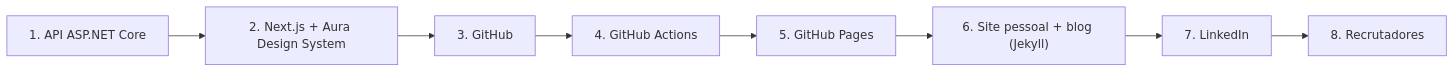
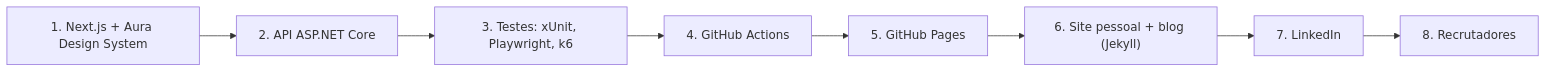
Before and after one commit to AlanMateus17/dev-setup: the third of 13 diagrams in docs/fluxos.md, drawn with Mermaid. The commit also changed other lines of this file and 38 other files, not shown here.

````diff
--- a/docs/fluxos.md
+++ b/docs/fluxos.md
@@ -90,18 +87,18 @@
 ```mermaid
 flowchart LR
-  s0["1. API ASP.NET Core"]
-  s1["2. Next.js + Aura Design System"]
-  s2["3. GitHub"]
+  s0["1. Next.js + Aura Design System"]
+  s1["2. API ASP.NET Core"]
+  s2["3. Testes: xUnit, Playwright, k6"]
   s3["4. GitHub Actions"]
   s4["5. GitHub Pages"]
   s5["6. Site pessoal + blog (Jekyll)"]
   s6["7. LinkedIn"]
   s7["8. Recrutadores"]
   s0 --> s1
   s1 --> s2
   s2 --> s3
   s3 --> s4
   s4 --> s5
   s5 --> s6
   s6 --> s7
 ```
````
